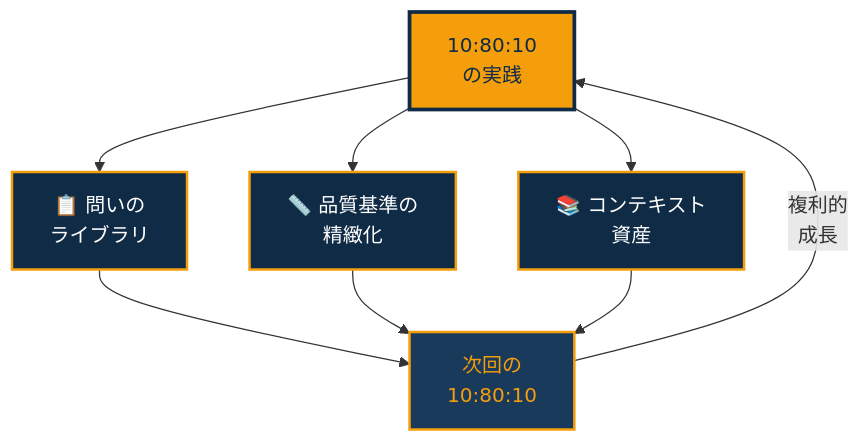
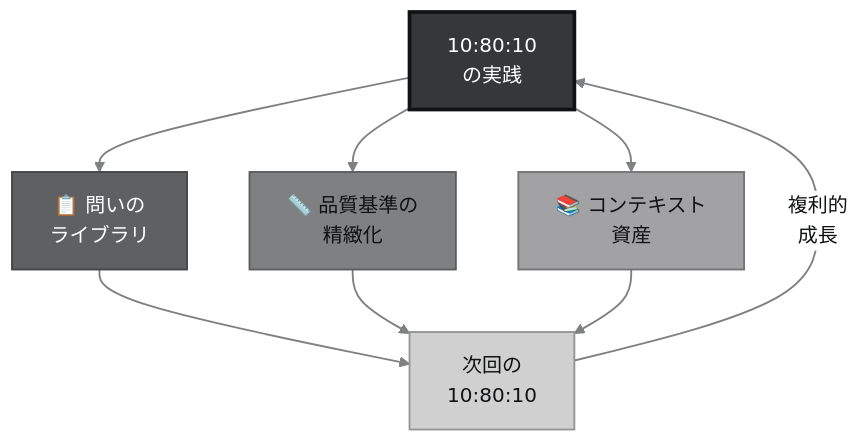
Before and after one commit to Leading-AI-IO/the-10-80-10-principle: the tenth of 11 diagrams in docs/jp/the_10_80_10_principle_JP.md, drawn with Mermaid. The commit also changed other lines of this file, not shown here.

````diff
--- a/docs/jp/the_10_80_10_principle_JP.md
+++ b/docs/jp/the_10_80_10_principle_JP.md
@@ -1741,16 +1763,18 @@
 ```mermaid
+%%{init: {'theme':'base','themeVariables':{'fontFamily':'Helvetica, Arial, sans-serif','lineColor':'#7f8082','primaryTextColor':'#111213','clusterBkg':'#fafafa','clusterBorder':'#b6b7b8','titleColor':'#363738','edgeLabelBackground':'#ffffff'}}}%%
 graph TB
     P["10:80:10<br/>の実践"] --> Q["📋 問いの<br/>ライブラリ"]
     P --> QS["📏 品質基準の<br/>精緻化"]
     P --> CA["📚 コンテキスト<br/>資産"]
     Q --> N["次回の<br/>10:80:10"]
     QS --> N
     CA --> N
     N -->|"複利的<br/>成長"| P
 
-    style P fill:#f59e0b,stroke:#0f2b46,color:#0f2b46,stroke-width:3px
-    style Q fill:#0f2b46,stroke:#f59e0b,color:#ffffff,stroke-width:2px
-    style QS fill:#0f2b46,stroke:#f59e0b,color:#ffffff,stroke-width:2px
-    style CA fill:#0f2b46,stroke:#f59e0b,color:#ffffff,stroke-width:2px
-    style N fill:#1a3a5c,stroke:#f59e0b,color:#f59e0b,stroke-width:2px
+    style P fill:#363738,stroke:#111213,color:#ffffff,stroke-width:3px
+    style Q fill:#5f6062,stroke:#444546,color:#ffffff,stroke-width:1.5px
+    style QS fill:#7f8082,stroke:#5b5c5d,color:#111213,stroke-width:1.5px
+    style CA fill:#a2a2a4,stroke:#747476,color:#111213,stroke-width:1.5px
+    style N fill:#d0d0d1,stroke:#959596,color:#111213,stroke-width:1.5px
+    linkStyle default stroke:#7f8082,stroke-width:1.5px
 ```
````
